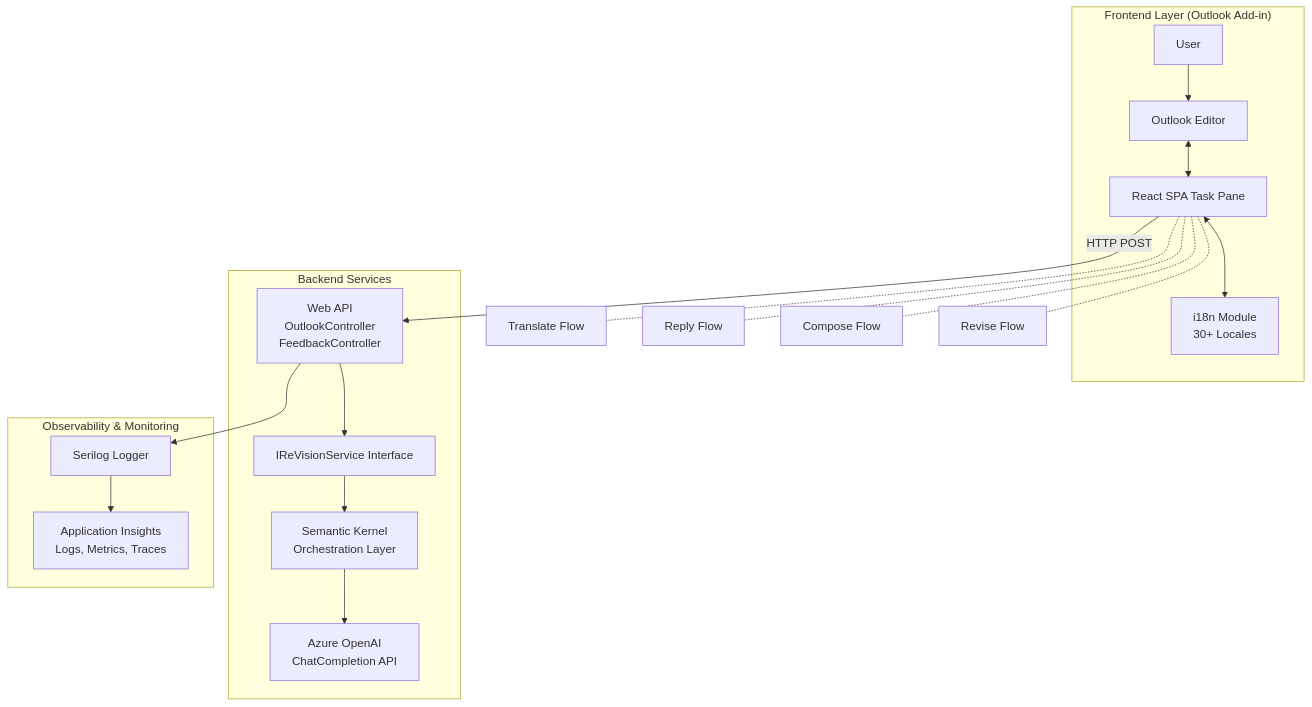
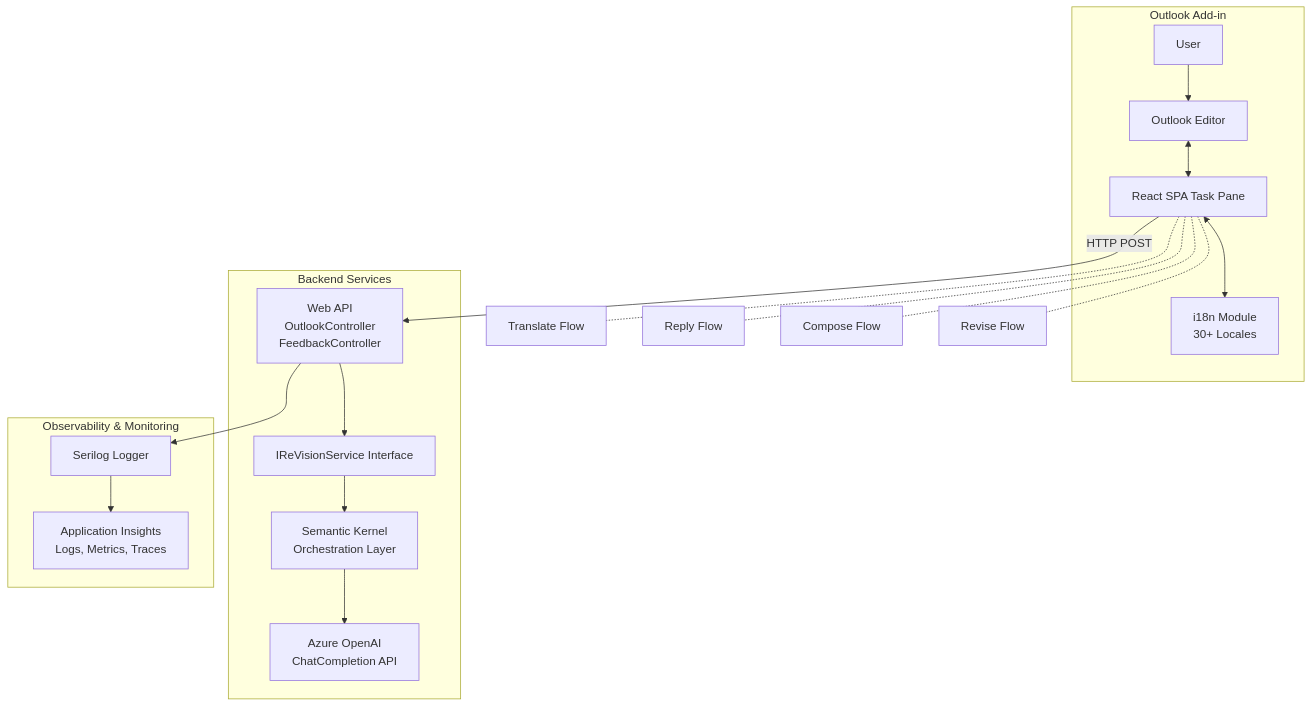
The diagram in README.md (yanxiaodi/outlook-revision), drawn with Mermaid before and after one commit.

Commit message:
Update frontend layer label in architecture diagram in README

````diff
--- a/README.md
+++ b/README.md
@@ -393,44 +393,44 @@
 ```mermaid
 graph TB
-    subgraph Frontend["Frontend Layer (Outlook Add-in)"]
+    subgraph Frontend["Outlook Add-in"]
         User[User]
         Outlook[Outlook Editor]
         SPA[React SPA Task Pane]
         i18n[i18n Module<br/>30+ Locales]
     end
     
     subgraph Backend["Backend Services"]
         API[Web API<br/>OutlookController<br/>FeedbackController]
         IReVision[IReVisionService Interface]
         SK[Semantic Kernel<br/>Orchestration Layer]
         OpenAI[Azure OpenAI<br/>ChatCompletion API]
     end
     
     subgraph Observability["Observability & Monitoring"]
         Serilog[Serilog Logger]
         AppInsights[Application Insights<br/>Logs, Metrics, Traces]
     end
     
     User --> Outlook
     Outlook <--> SPA
     SPA <--> i18n
     SPA -->|HTTP POST| API
     API --> IReVision
     IReVision --> SK
     SK --> OpenAI
     API --> Serilog
     Serilog --> AppInsights
     
     Note1[Translate Flow]
     Note2[Reply Flow]
     Note3[Compose Flow]
     Note4[Revise Flow]
     
     SPA -.- Note1
     SPA -.- Note2
     SPA -.- Note3
     SPA -.- Note4
     
     click API "d:/dev/outlook-revision/src/api/FunCoding.ReVision.WebApi/FunCoding.ReVision.WebApi/Controllers/OutlookController.cs#L8"
     click IReVision "d:/dev/outlook-revision/src/api/FunCoding.ReVision.WebApi/FunCoding.ReVision.WebApi/Contracts/IReVisionService.cs#L6"
 ```
````
